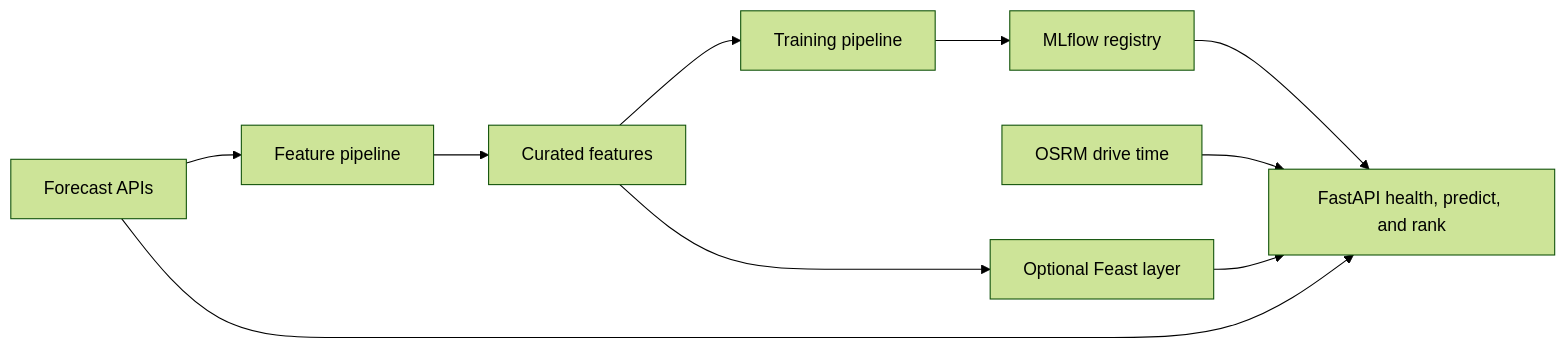
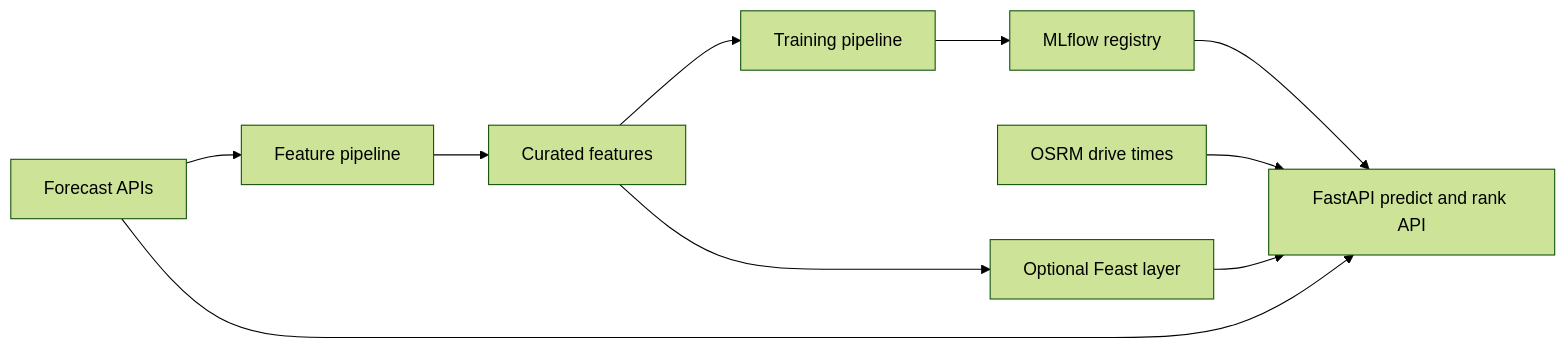
One commit to javihslu/foehncast changed the first of 2 diagrams in README.md. Above: the diagram before and after it, drawn with Mermaid (forest theme). The commit also changed other lines of this file and 9 other files, not shown here.

````diff
--- a/README.md
+++ b/README.md
@@ -9,12 +9,12 @@
 ```mermaid
 flowchart LR
     Forecasts[Forecast APIs] --> Features[Feature pipeline]
     Features --> Curated[Curated features]
     Curated --> Training[Training pipeline]
     Training --> Registry[MLflow registry]
-    Registry --> API[FastAPI health, predict, and rank]
+    Registry --> API[FastAPI predict and rank API]
     Forecasts --> API
-    Drive[OSRM drive time] --> API
+    Drive[OSRM drive times] --> API
     Curated --> Feast[Optional Feast layer]
     Feast --> API
 ```
````
